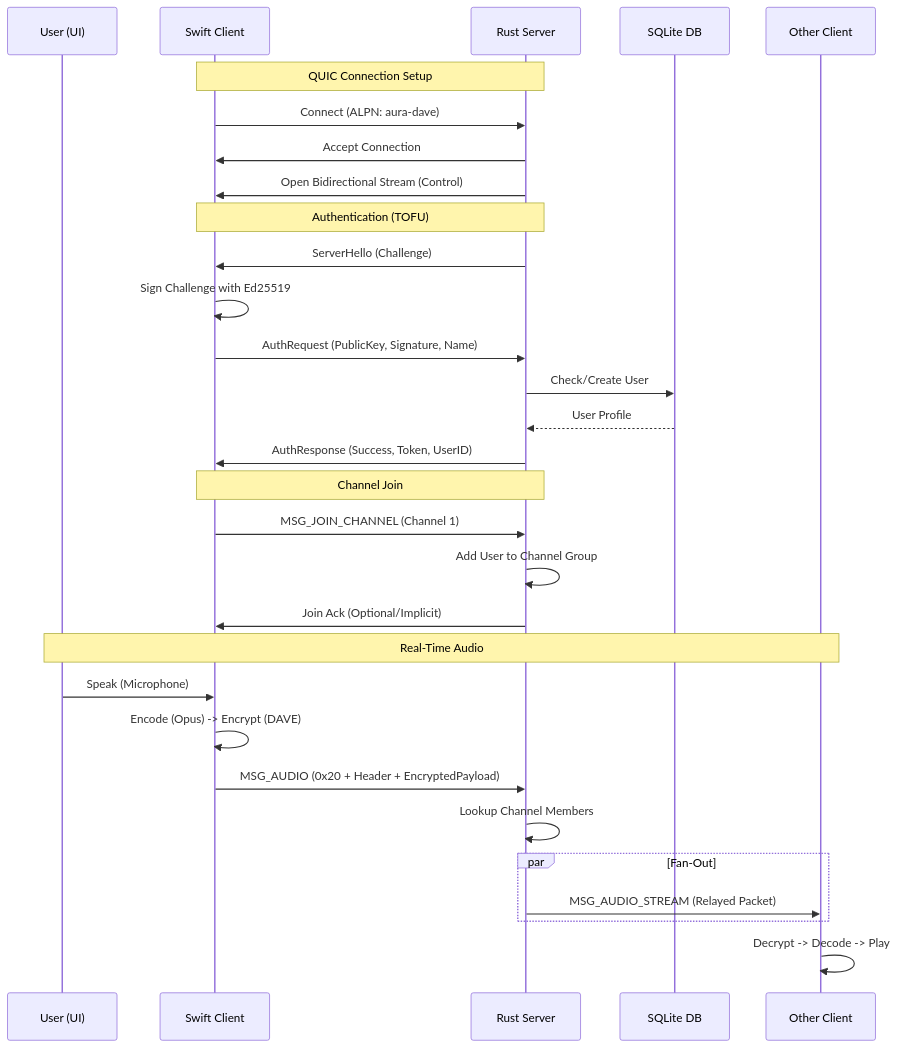
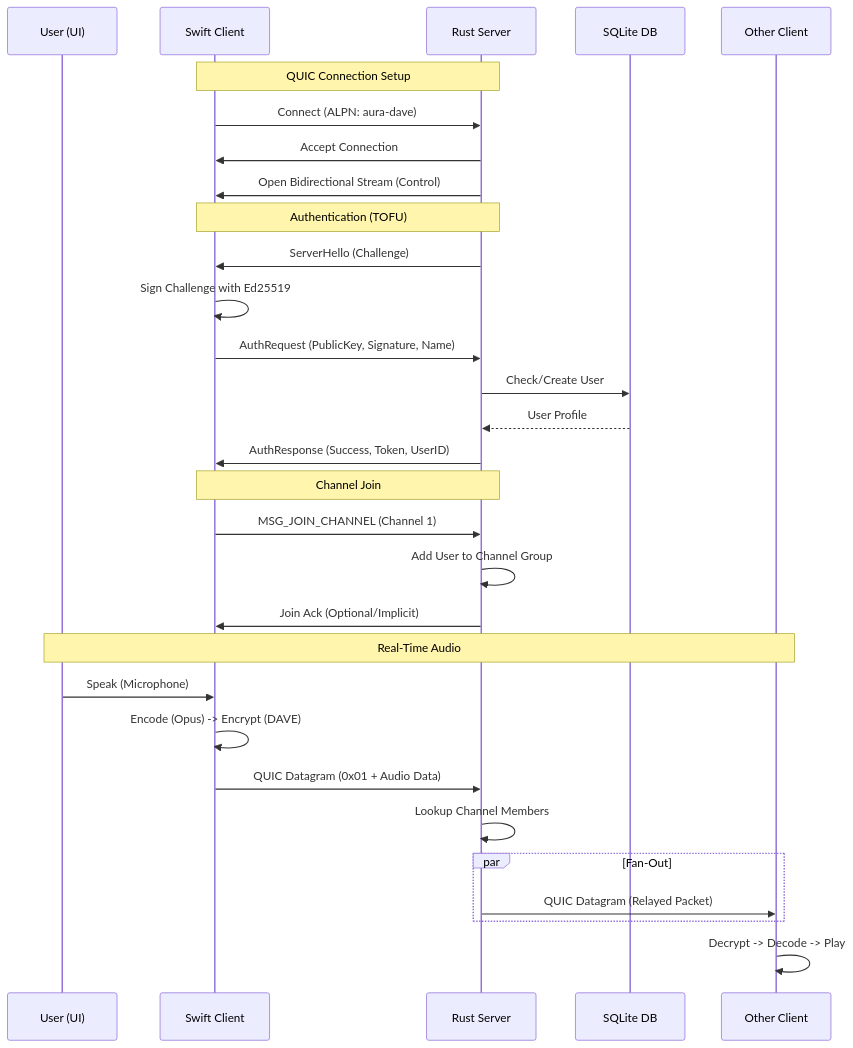
Before and after one commit to klobucar/aura: the diagram in docs/diagrams/01_protocol_flow.md, drawn with Mermaid. The commit also changed 7 other files, not shown here.

First line of the commit message:
feat(audio): implement end-to-end encrypted audio pipeline with QUIC datagrams

````diff
--- a/docs/diagrams/01_protocol_flow.md
+++ b/docs/diagrams/01_protocol_flow.md
@@ -5,36 +5,36 @@
 ```mermaid
 sequenceDiagram
     participant User as User (UI)
     participant Client as Swift Client
     participant Server as Rust Server
     participant DB as SQLite DB
     participant Other as Other Client
 
     Note over Client, Server: QUIC Connection Setup
     Client->>Server: Connect (ALPN: aura-dave)
     Server->>Client: Accept Connection
     Server->>Client: Open Bidirectional Stream (Control)
 
     Note over Client, Server: Authentication (TOFU)
     Server->>Client: ServerHello (Challenge)
     Client->>Client: Sign Challenge with Ed25519
     Client->>Server: AuthRequest (PublicKey, Signature, Name)
     Server->>DB: Check/Create User
     DB-->>Server: User Profile
     Server->>Client: AuthResponse (Success, Token, UserID)
 
     Note over Client, Server: Channel Join
     Client->>Server: MSG_JOIN_CHANNEL (Channel 1)
     Server->>Server: Add User to Channel Group
     Server->>Client: Join Ack (Optional/Implicit)
 
     Note over User, Other: Real-Time Audio
     User->>Client: Speak (Microphone)
     Client->>Client: Encode (Opus) -> Encrypt (DAVE)
-    Client->>Server: MSG_AUDIO (0x20 + Header + EncryptedPayload)
+    Client->>Server: QUIC Datagram (0x01 + Audio Data)
     Server->>Server: Lookup Channel Members
     par Fan-Out
-        Server->>Other: MSG_AUDIO_STREAM (Relayed Packet)
+        Server->>Other: QUIC Datagram (Relayed Packet)
     end
     Other->>Other: Decrypt -> Decode -> Play
 ```
````
